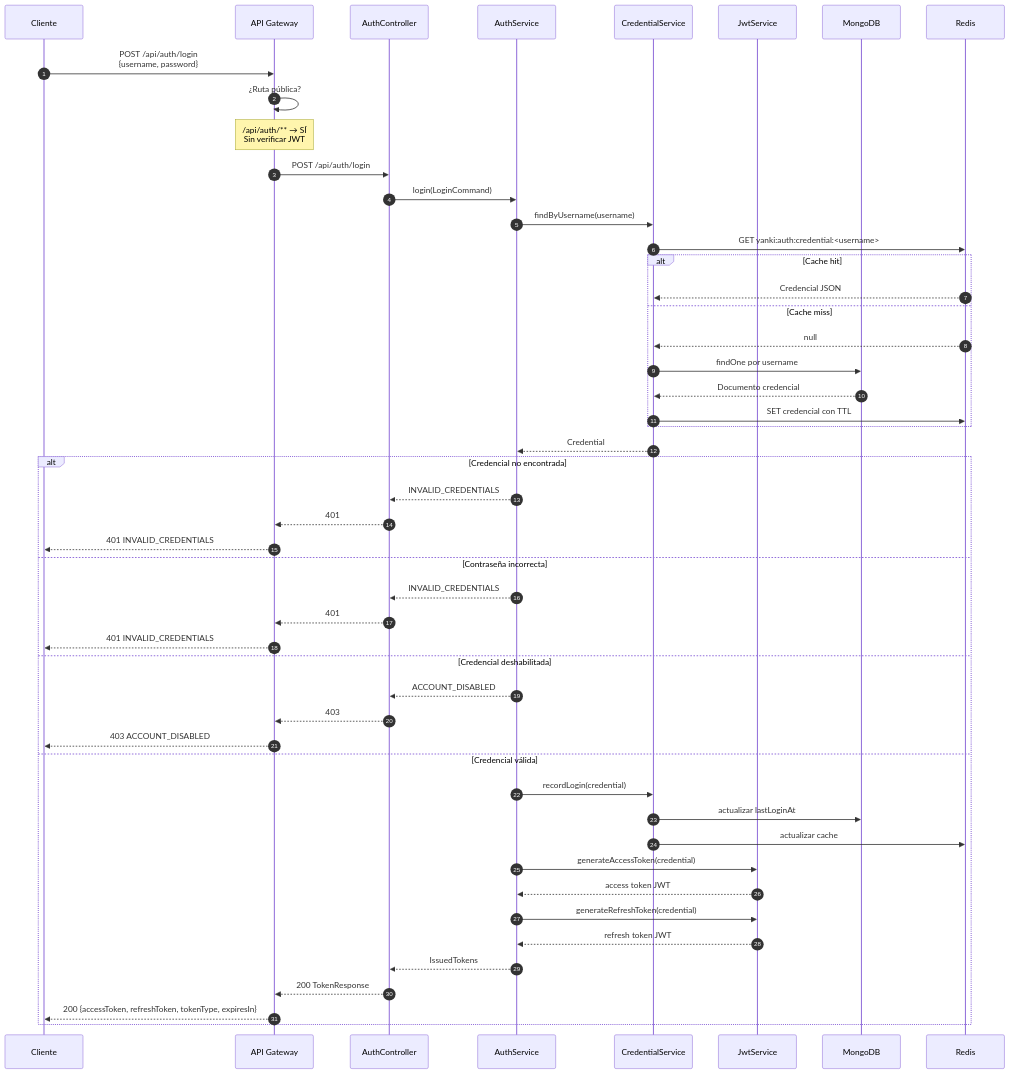
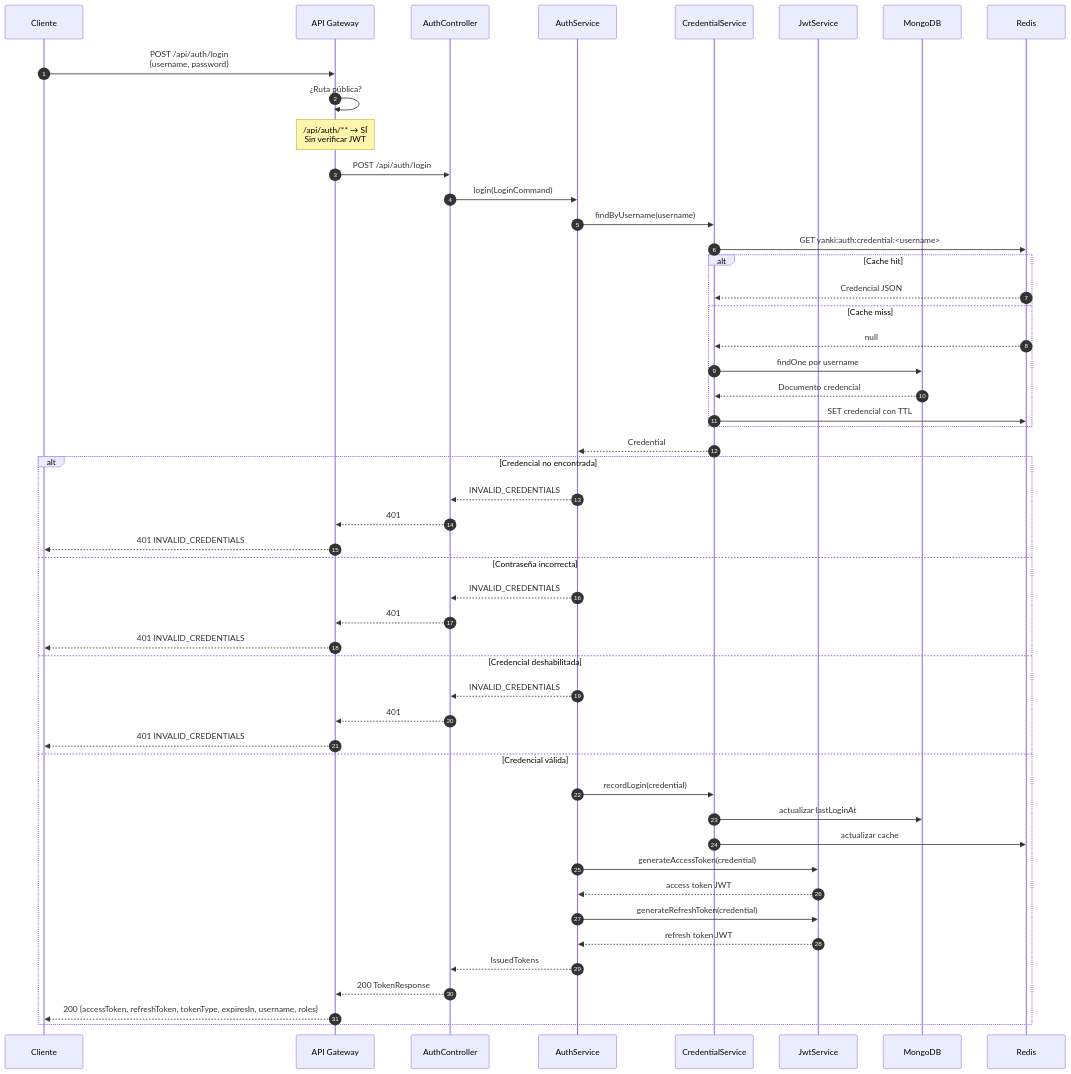
Before and after one commit to sebastianrm/auth-service: the second of 6 diagrams in README.md, drawn with Mermaid. The commit also changed other lines of this file and 1 other file, not shown here.

First line of the commit message:
feat(AGENTS.md): update auth agent to v2.0.0 with enhanced features

````diff
--- a/README.md
+++ b/README.md
@@ -92,65 +92,65 @@
 ```mermaid
 sequenceDiagram
     autonumber
     participant Cliente
     participant Gateway as API Gateway
     participant Controller as AuthController
     participant AuthService as AuthService
     participant CredService as CredentialService
     participant JwtService as JwtService
     participant MongoDB as MongoDB
     participant Redis as Redis
 
     Cliente->>Gateway: POST /api/auth/login<br/>{username, password}
 
     Gateway->>Gateway: ¿Ruta pública?
     Note over Gateway: /api/auth/** → SÍ<br/>Sin verificar JWT
 
     Gateway->>Controller: POST /api/auth/login
 
     Controller->>AuthService: login(LoginCommand)
 
     AuthService->>CredService: findByUsername(username)
 
     CredService->>Redis: GET yanki:auth:credential:<username>
 
     alt Cache hit
         Redis-->>CredService: Credencial JSON
     else Cache miss
         Redis-->>CredService: null
         CredService->>MongoDB: findOne por username
         MongoDB-->>CredService: Documento credencial
         CredService->>Redis: SET credencial con TTL
     end
 
     CredService-->>AuthService: Credential
 
     alt Credencial no encontrada
         AuthService-->>Controller: INVALID_CREDENTIALS
         Controller-->>Gateway: 401
         Gateway-->>Cliente: 401 INVALID_CREDENTIALS
     else Contraseña incorrecta
         AuthService-->>Controller: INVALID_CREDENTIALS
         Controller-->>Gateway: 401
         Gateway-->>Cliente: 401 INVALID_CREDENTIALS
     else Credencial deshabilitada
-        AuthService-->>Controller: ACCOUNT_DISABLED
-        Controller-->>Gateway: 403
-        Gateway-->>Cliente: 403 ACCOUNT_DISABLED
+        AuthService-->>Controller: INVALID_CREDENTIALS
+        Controller-->>Gateway: 401
+        Gateway-->>Cliente: 401 INVALID_CREDENTIALS
     else Credencial válida
         AuthService->>CredService: recordLogin(credential)
         CredService->>MongoDB: actualizar lastLoginAt
         CredService->>Redis: actualizar cache
 
         AuthService->>JwtService: generateAccessToken(credential)
         JwtService-->>AuthService: access token JWT
 
         AuthService->>JwtService: generateRefreshToken(credential)
         JwtService-->>AuthService: refresh token JWT
 
         AuthService-->>Controller: IssuedTokens
 
         Controller-->>Gateway: 200 TokenResponse
-        Gateway-->>Cliente: 200 {accessToken, refreshToken, tokenType, expiresIn}
+        Gateway-->>Cliente: 200 {accessToken, refreshToken, tokenType, expiresIn, username, roles}
     end
 ```
````
